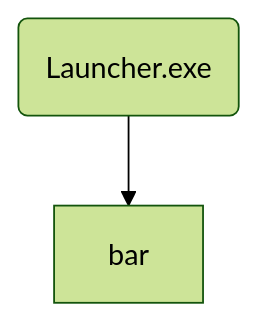
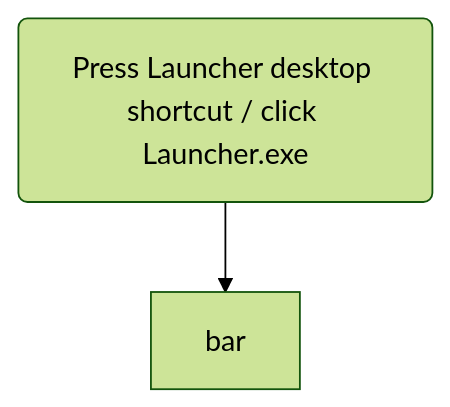
Before and after one commit to funjobie/OpenSwordArtsVR: diagram 13 of 16 in sandbox/MerMaid_diagram_integration.md, drawn with Mermaid (forest theme). The commit also changed other lines of this file, not shown here.

Commit message:
refine troubleshooting example

````diff
--- a/sandbox/MerMaid_diagram_integration.md
+++ b/sandbox/MerMaid_diagram_integration.md
@@ -190,4 +190,4 @@
 ```mermaid
 flowchart TD
-    foo("Launcher.exe") --> bar
+    foo("Press Launcher desktop shortcut / click Launcher.exe") --> bar
 ```
````
